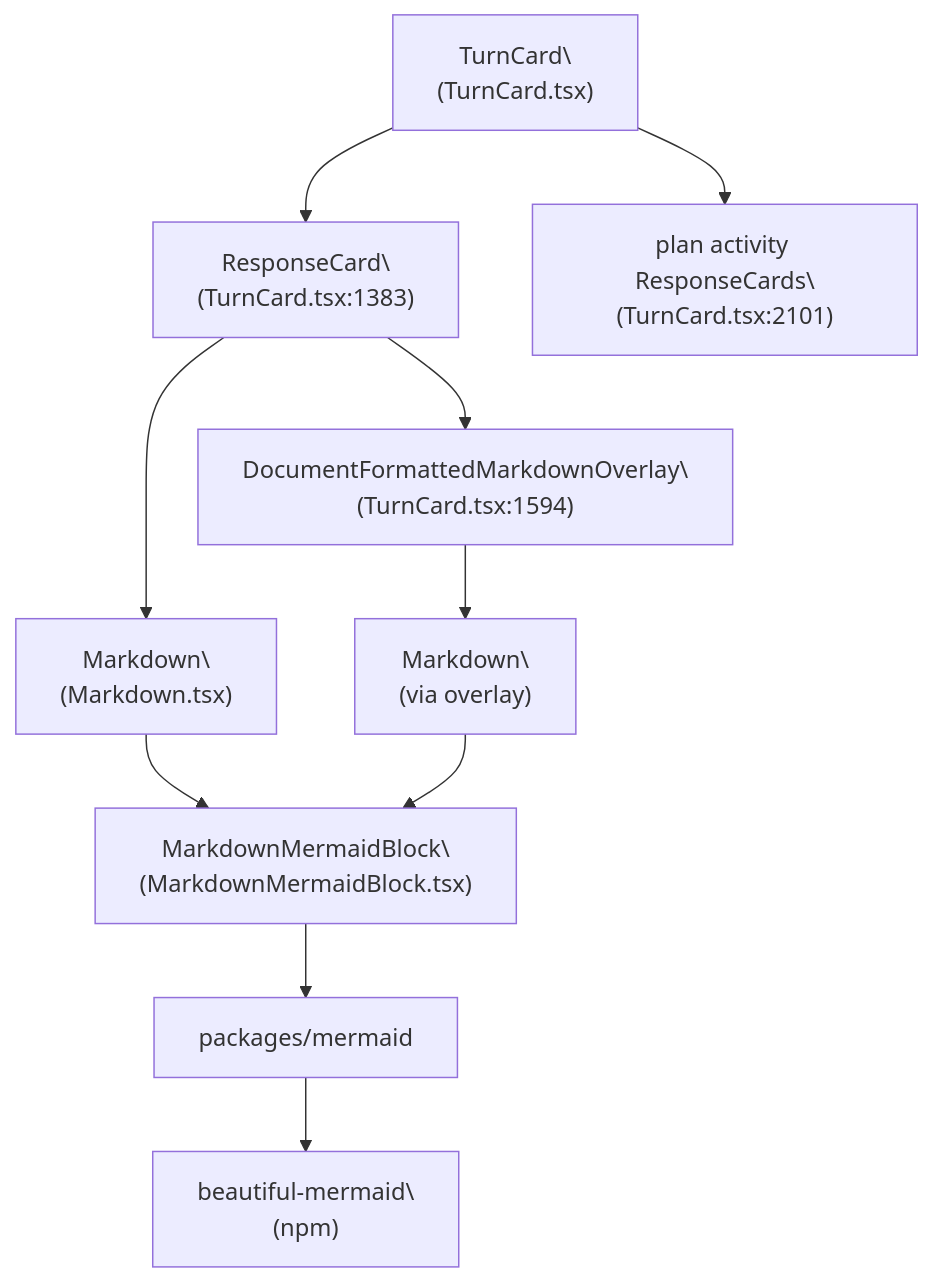
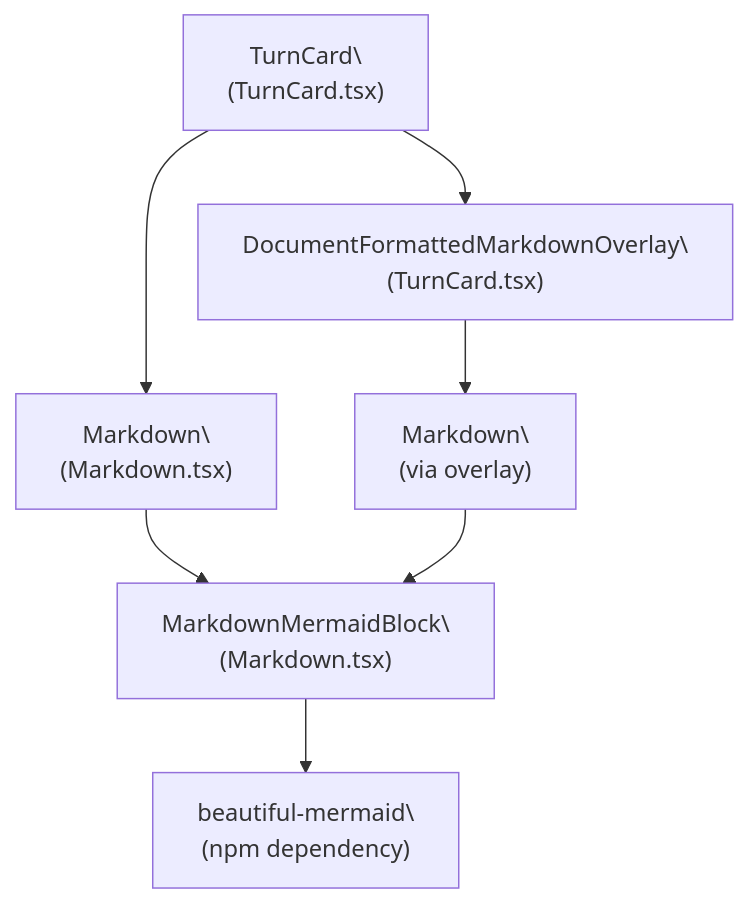
One commit to blackcater/zentree changed the fourth of 4 diagrams in docs/lukilabs_craft-agents-oss/architecture/mermaid-diagram-rendering.md. Above: the diagram before and after it, drawn with Mermaid. The commit also changed other lines of this file and 232 other files, not shown here.

````diff
--- a/docs/lukilabs_craft-agents-oss/architecture/mermaid-diagram-rendering.md
+++ b/docs/lukilabs_craft-agents-oss/architecture/mermaid-diagram-rendering.md
@@ -183,20 +189,15 @@
 ```mermaid
 graph TD
   TC["TurnCard\
-(TurnCard.tsx)"] --> RC["ResponseCard\
-(TurnCard.tsx:1383)"]
-  TC --> PA["plan activity ResponseCards\
-(TurnCard.tsx:2101)"]
-  RC --> MK["Markdown\
+(TurnCard.tsx)"] --> RC["Markdown\
 (Markdown.tsx)"]
-  RC --> FO["DocumentFormattedMarkdownOverlay\
-(TurnCard.tsx:1594)"]
+  TC --> FO["DocumentFormattedMarkdownOverlay\
+(TurnCard.tsx)"]
   FO --> MK2["Markdown\
 (via overlay)"]
-  MK --> MMB["MarkdownMermaidBlock\
-(MarkdownMermaidBlock.tsx)"]
+  RC --> MMB["MarkdownMermaidBlock\
+(Markdown.tsx)"]
   MK2 --> MMB
-  MMB --> PM["packages/mermaid"]
-  PM --> BM["beautiful-mermaid\
-(npm)"]
+  MMB --> BM["beautiful-mermaid\
+(npm dependency)"]
 ```
````
